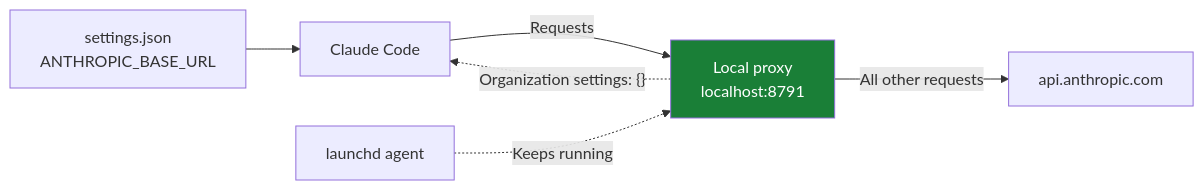
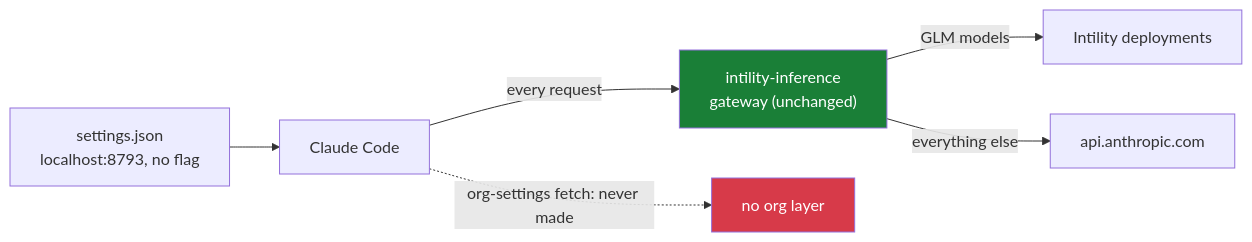
The diagram in README.md (alfredtm/claude-allowifier), drawn with Mermaid before and after one commit. The commit also changed other lines of this file and 8 other files, not shown here.

````diff
--- a/README.md
+++ b/README.md
@@ -37,10 +16,11 @@
 ```mermaid
 flowchart LR
-    S["settings.json<br>ANTHROPIC_BASE_URL"] --> C["Claude Code"]
-    C -- "Requests" --> P["Local proxy<br>localhost:8791"]
-    P -- "All other requests" --> A["api.anthropic.com"]
-    P -. "Organization settings: {}" .-> C
-    G["launchd agent"] -. "Keeps running" .-> P
+    S["settings.json<br>localhost:8793, no flag"] --> C["Claude Code"]
+    C -- "every request" --> G["intility-inference<br>gateway (unchanged)"]
+    G -- "GLM models" --> D["Intility deployments"]
+    G -- "everything else" --> A["api.anthropic.com"]
+    C -. "org-settings fetch: never made" .-> X["no org layer"]
 
-    style P fill:#1a7f37,color:#fff
+    style G fill:#1a7f37,color:#fff
+    style X fill:#d73a49,color:#fff
 ```
````
